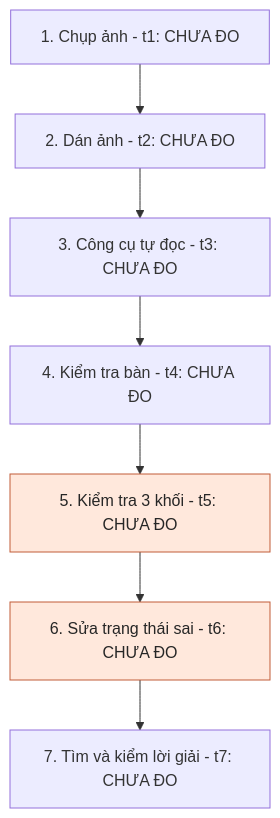
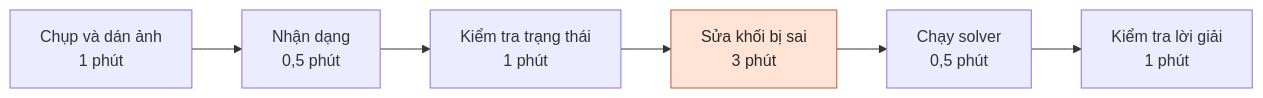
The first of 3 diagrams in report/individual/2A202603946_NguyenQuangTiep.md (duhocsinh4to10/K5-L3B-Day02-NHOMSH-DiscoveryProblemFraming), drawn with Mermaid before and after one commit. The commit also changed other lines of this file, not shown here.

````diff
--- a/report/individual/2A202603946_NguyenQuangTiep.md
+++ b/report/individual/2A202603946_NguyenQuangTiep.md
@@ -73,11 +62,9 @@
 ```mermaid
-flowchart TD
-    A[1. Chụp ảnh - t1: CHƯA ĐO] --> B[2. Dán ảnh - t2: CHƯA ĐO]
-    B --> C[3. Công cụ tự đọc - t3: CHƯA ĐO]
-    C --> D[4. Kiểm tra bàn - t4: CHƯA ĐO]
-    D --> E[5. Kiểm tra 3 khối - t5: CHƯA ĐO]
-    E --> F[6. Sửa trạng thái sai - t6: CHƯA ĐO]
-    F --> G[7. Tìm và kiểm lời giải - t7: CHƯA ĐO]
-    classDef risk fill:#ffe8dc,stroke:#c15c38,color:#262626;
-    class E,F risk;
+flowchart LR
+    A[Chụp và dán ảnh<br/>1 phút] --> B[Nhận dạng<br/>0,5 phút]
+    B --> C[Kiểm tra trạng thái<br/>1 phút]
+    C --> D[Sửa khối bị sai<br/>3 phút]
+    D --> E[Chạy solver<br/>0,5 phút]
+    E --> F[Kiểm tra lời giải<br/>1 phút]
+    style D fill:#ffe4d6,stroke:#b95c39,color:#282828
 ```
````
